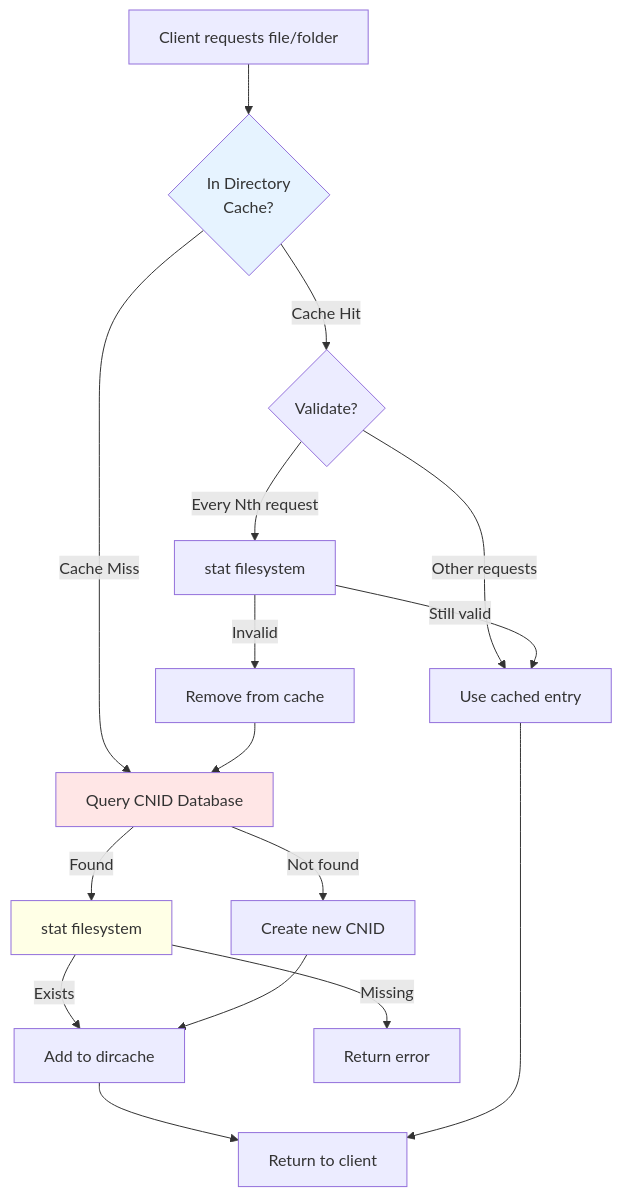
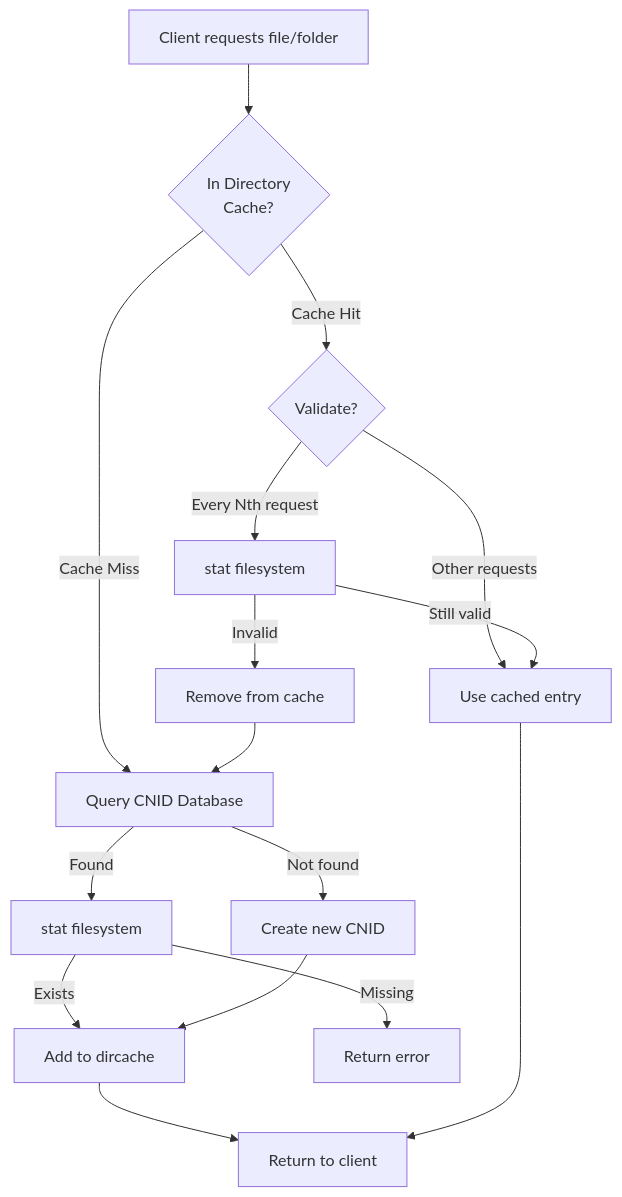
One commit to Netatalk/netatalk changed the third of 9 diagrams in doc/developer/dircache.md. Above: the diagram before and after it, drawn with Mermaid. The commit also changed other lines of this file, not shown here.

Commit message:
docs: escape hashes in mermaid markup to appease doxygen

````diff
--- a/doc/developer/dircache.md
+++ b/doc/developer/dircache.md
@@ -177,31 +177,31 @@
 ```mermaid
 flowchart TD
     Request[Client requests file/folder]
     
     Request --> DC_Check{In Directory<br/>Cache?}
     
     DC_Check -->|Cache Hit| DC_Valid{Validate?}
     DC_Check -->|Cache Miss| CNID_Query[Query CNID Database]
     
     DC_Valid -->|Every Nth request| Validate[stat filesystem]
     DC_Valid -->|Other requests| Use_Cached[Use cached entry]
     
     Validate -->|Still valid| Use_Cached
     Validate -->|Invalid| Remove_Entry[Remove from cache]
     
     Remove_Entry --> CNID_Query
     
     CNID_Query -->|Found| FS_Check[stat filesystem]
     CNID_Query -->|Not found| Create_New[Create new CNID]
     
     FS_Check -->|Exists| Add_Cache[Add to dircache]
     FS_Check -->|Missing| Error[Return error]
     
     Create_New --> Add_Cache
     Add_Cache --> Return[Return to client]
     Use_Cached --> Return
     
-    style DC_Check fill:#e6f3ff
-    style CNID_Query fill:#ffe6e6
-    style FS_Check fill:#ffffe6
+    style DC_Check fill:\#e6f3ff
+    style CNID_Query fill:\#ffe6e6
+    style FS_Check fill:\#ffffe6
 ```
````
